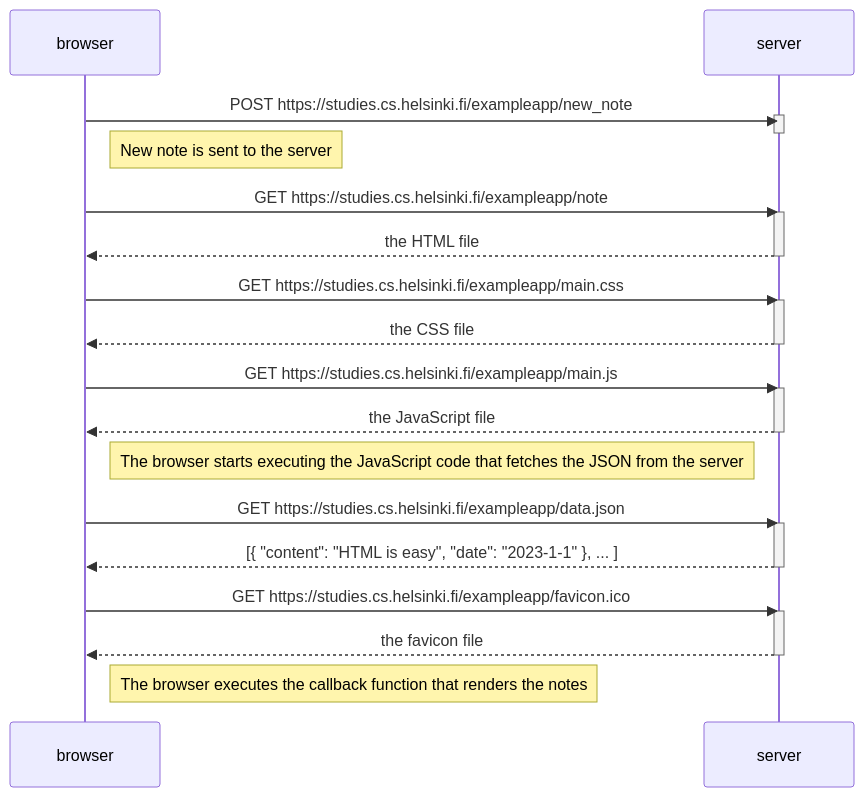
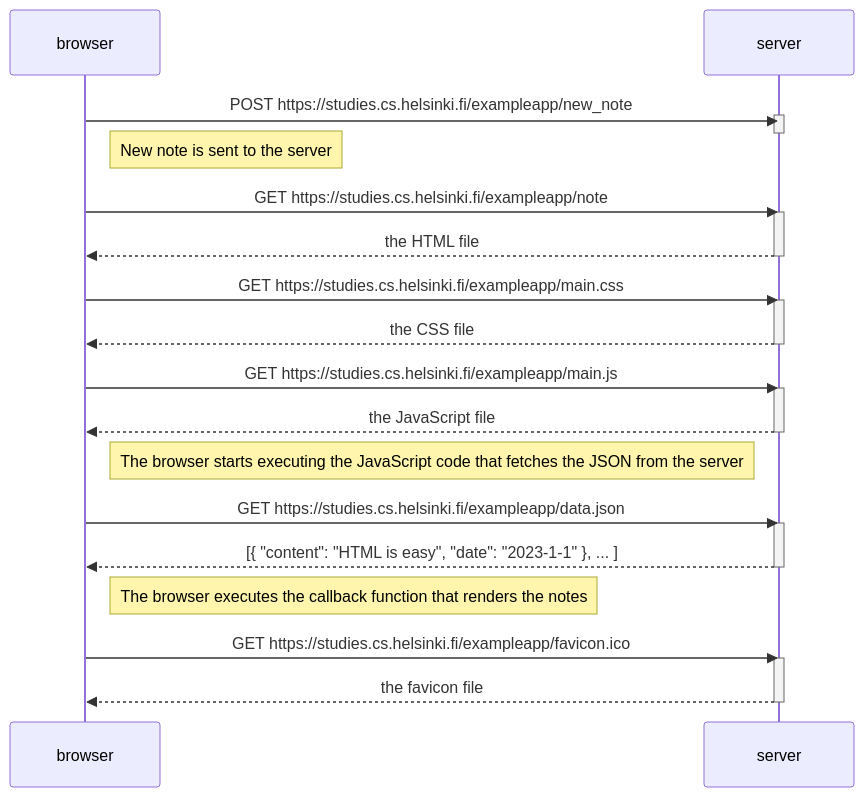
The diagram in part0/new-note-diagram.md (bogdano/helsinki), drawn with Mermaid before and after one commit.

````diff
--- a/part0/new-note-diagram.md
+++ b/part0/new-note-diagram.md
@@ -1,39 +1,40 @@
 ```mermaid
 sequenceDiagram
     participant browser
     participant server
     
     browser->>server: POST https://studies.cs.helsinki.fi/exampleapp/new_note
     activate server    
     deactivate server
 
     Note right of browser: New note is sent to the server
     
     browser->>server: GET https://studies.cs.helsinki.fi/exampleapp/note
     activate server
     server-->>browser: the HTML file
     deactivate server
 
     browser->>server: GET https://studies.cs.helsinki.fi/exampleapp/main.css
     activate server
     server-->>browser: the CSS file
     deactivate server
     
     browser->>server: GET https://studies.cs.helsinki.fi/exampleapp/main.js
     activate server
     server-->>browser: the JavaScript file
     deactivate server
     
     Note right of browser: The browser starts executing the JavaScript code that fetches the JSON from the server
     
     browser->>server: GET https://studies.cs.helsinki.fi/exampleapp/data.json
     activate server
     server-->>browser: [{ "content": "HTML is easy", "date": "2023-1-1" }, ... ]
     deactivate server    
+
+    Note right of browser: The browser executes the callback function that renders the notes 
+    
     browser->>server: GET https://studies.cs.helsinki.fi/exampleapp/favicon.ico
     activate server
     server-->>browser: the favicon file
     deactivate server
-
-    Note right of browser: The browser executes the callback function that renders the notes 
 ```
````
